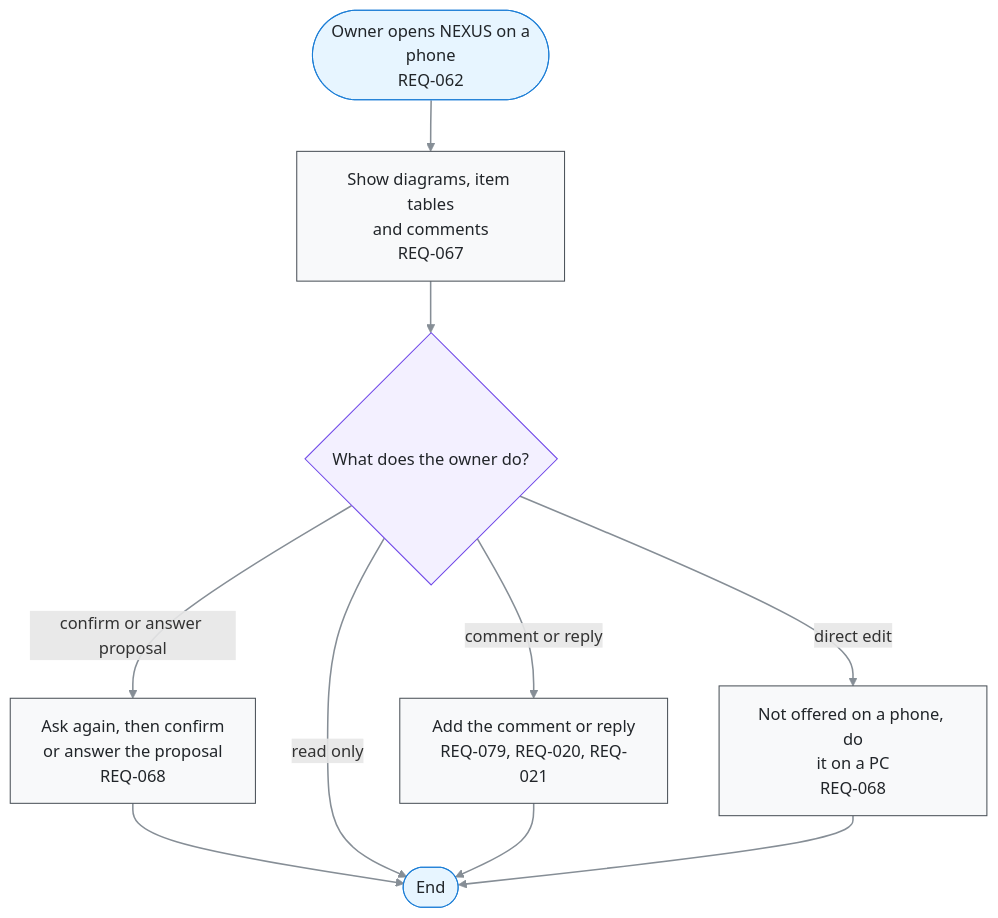
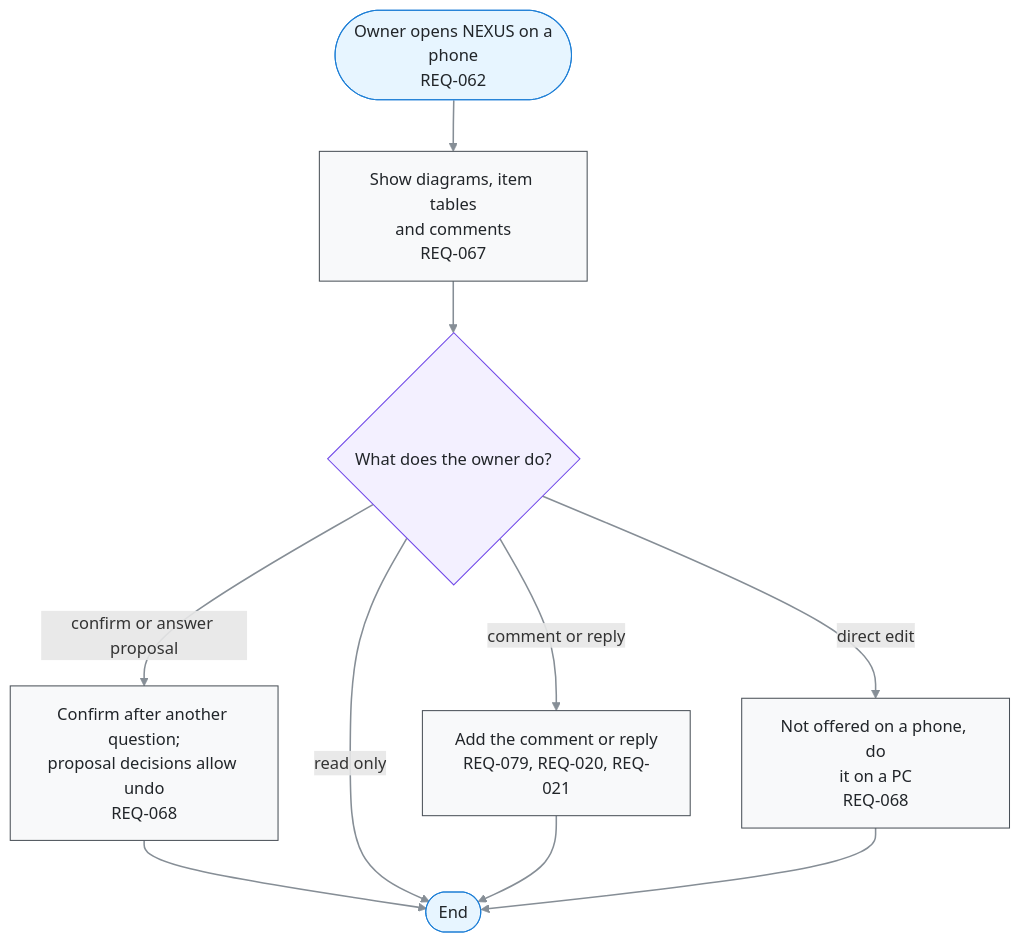
One commit to kodonghui/corthex-nexus changed the diagram in docs/03-user-flow/FL-008-read-and-comment-on-a-phone.md. Above: the diagram before and after it, drawn with Mermaid. The commit also changed other lines of this file and 63 other files, not shown here.

````diff
--- a/docs/03-user-flow/FL-008-read-and-comment-on-a-phone.md
+++ b/docs/03-user-flow/FL-008-read-and-comment-on-a-phone.md
@@ -9,29 +9,29 @@
 ```mermaid
 flowchart TD
   A(["Owner opens NEXUS on a<br/>phone<br/>REQ-062"])
   B["Show diagrams, item tables<br/>and comments<br/>REQ-067"]
   C{"What does the owner do?"}
   D["Add the comment or reply<br/>REQ-079, REQ-020, REQ-021"]
-  P["Ask again, then confirm<br/>or answer the proposal<br/>REQ-068"]
+  P["Confirm after another question;<br/>proposal decisions allow undo<br/>REQ-068"]
   R1["Not offered on a phone, do<br/>it on a PC<br/>REQ-068"]
   Z(["End"])
   A e1@--> B
   B e2@--> C
   C e3@-->|comment or reply| D
   C e4@-->|direct edit| R1
   C e8@-->|confirm or answer proposal| P
   P e9@--> Z
   C e5@-->|read only| Z
   D e6@--> Z
   R1 e7@--> Z
   %% legend: below
   classDef term fill:#e7f5ff,stroke:#1c7ed6,color:#212529
   classDef proc fill:#f8f9fa,stroke:#495057,color:#212529
   classDef decide fill:#f3f0ff,stroke:#7048e8,color:#212529
   classDef gap fill:#f1f3f5,stroke:#adb5bd,stroke-dasharray:2 3,color:#495057
   classDef pass stroke:#868e96,stroke-width:1.5px
   class A,Z term
   class B,D,P,R1 proc
   class C decide
   class e1,e2,e3,e4,e5,e6,e7,e8,e9 pass
 ```
````
